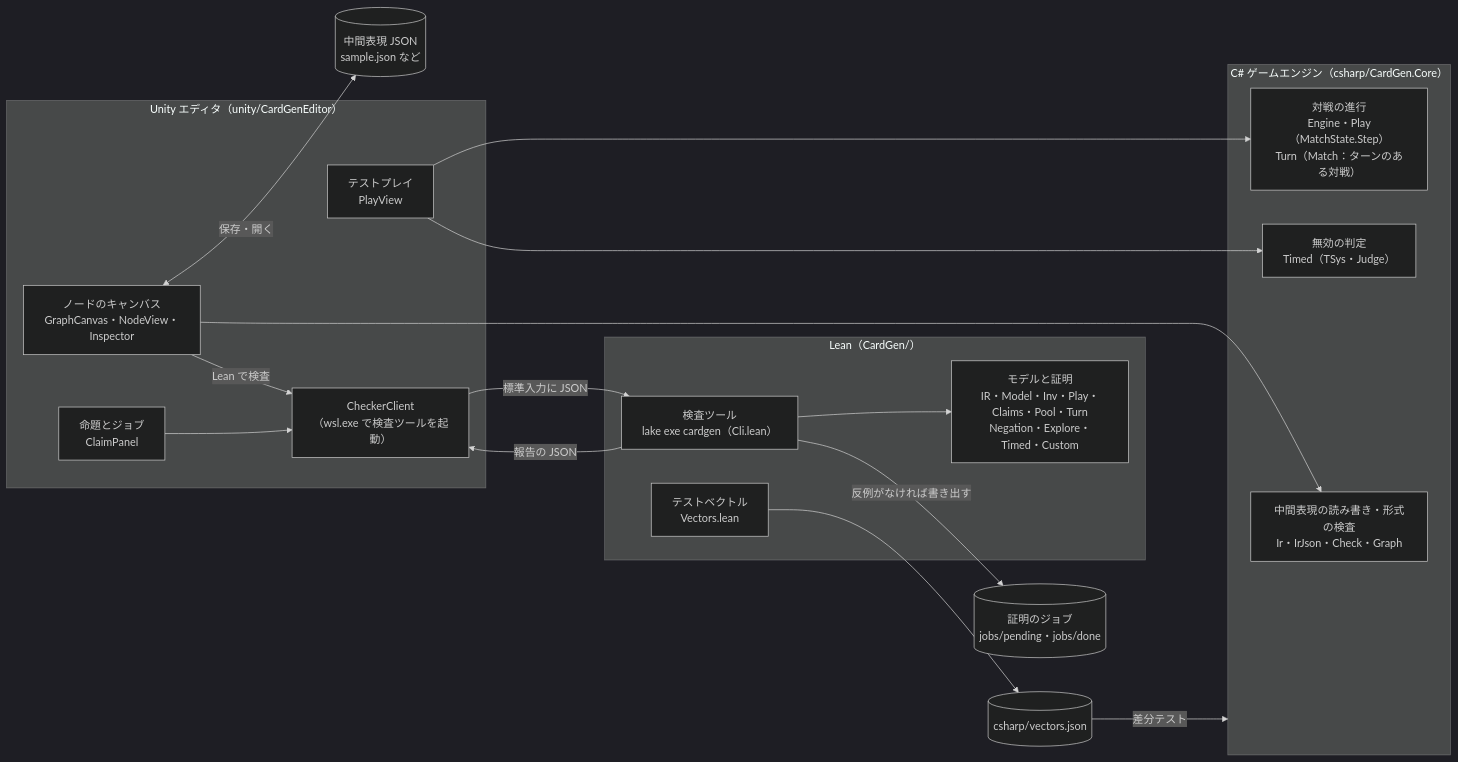
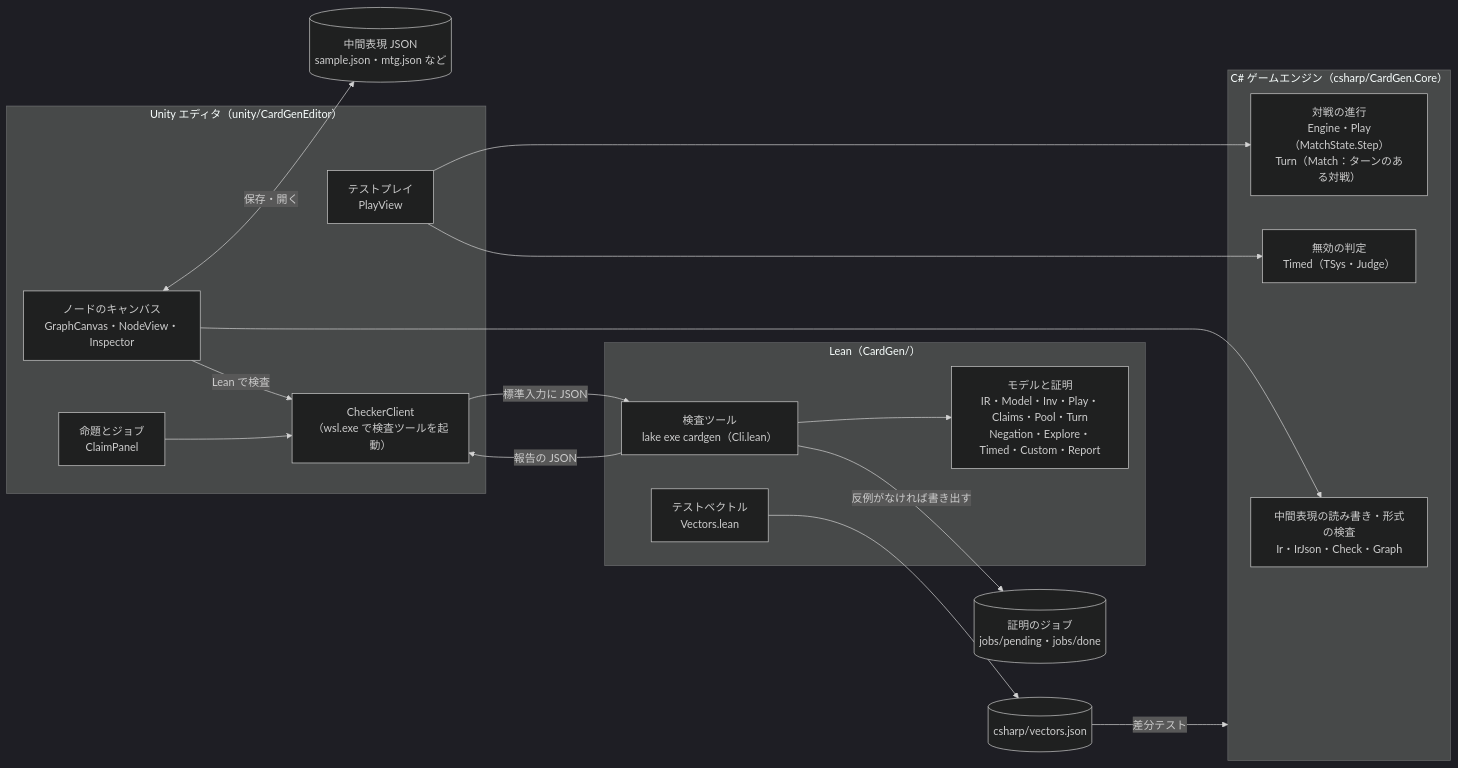
The first of 6 diagrams in アーキテクチャ.md (kotatu0047/yuugi-lean), drawn with Mermaid (dark theme) before and after one commit. The commit also changed other lines of this file and 2 other files, not shown here.

````diff
--- a/アーキテクチャ.md
+++ b/アーキテクチャ.md
@@ -10,38 +10,38 @@
 ```mermaid
 flowchart LR
   subgraph unity["Unity エディタ（unity/CardGenEditor）"]
     canvas["ノードのキャンバス<br/>GraphCanvas・NodeView・Inspector"]
     play["テストプレイ<br/>PlayView"]
     claim["命題とジョブ<br/>ClaimPanel"]
     client["CheckerClient<br/>（wsl.exe で検査ツールを起動）"]
   end
 
   subgraph core["C# ゲームエンジン（csharp/CardGen.Core）"]
     ir_cs["中間表現の読み書き・形式の検査<br/>Ir・IrJson・Check・Graph"]
     engine["対戦の進行<br/>Engine・Play（MatchState.Step）<br/>Turn（Match：ターンのある対戦）"]
     judge["無効の判定<br/>Timed（TSys・Judge）"]
   end
 
   subgraph lean["Lean（CardGen/）"]
     cli["検査ツール<br/>lake exe cardgen（Cli.lean）"]
-    lib["モデルと証明<br/>IR・Model・Inv・Play・Claims・Pool・Turn<br/>Negation・Explore・Timed・Custom"]
+    lib["モデルと証明<br/>IR・Model・Inv・Play・Claims・Pool・Turn<br/>Negation・Explore・Timed・Custom・Report"]
     vec["テストベクトル<br/>Vectors.lean"]
   end
 
-  json[("中間表現 JSON<br/>sample.json など")]
+  json[("中間表現 JSON<br/>sample.json・mtg.json など")]
   jobs[("証明のジョブ<br/>jobs/pending・jobs/done")]
   vectors[("csharp/vectors.json")]
 
   canvas <-->|保存・開く| json
   canvas --> ir_cs
   play --> engine
   play --> judge
   canvas -->|Lean で検査| client
   claim --> client
   client -->|"標準入力に JSON"| cli
   cli --> lib
   cli -->|報告の JSON| client
   cli -->|反例がなければ書き出す| jobs
   vec --> vectors
   vectors -->|差分テスト| core
 ```
````
